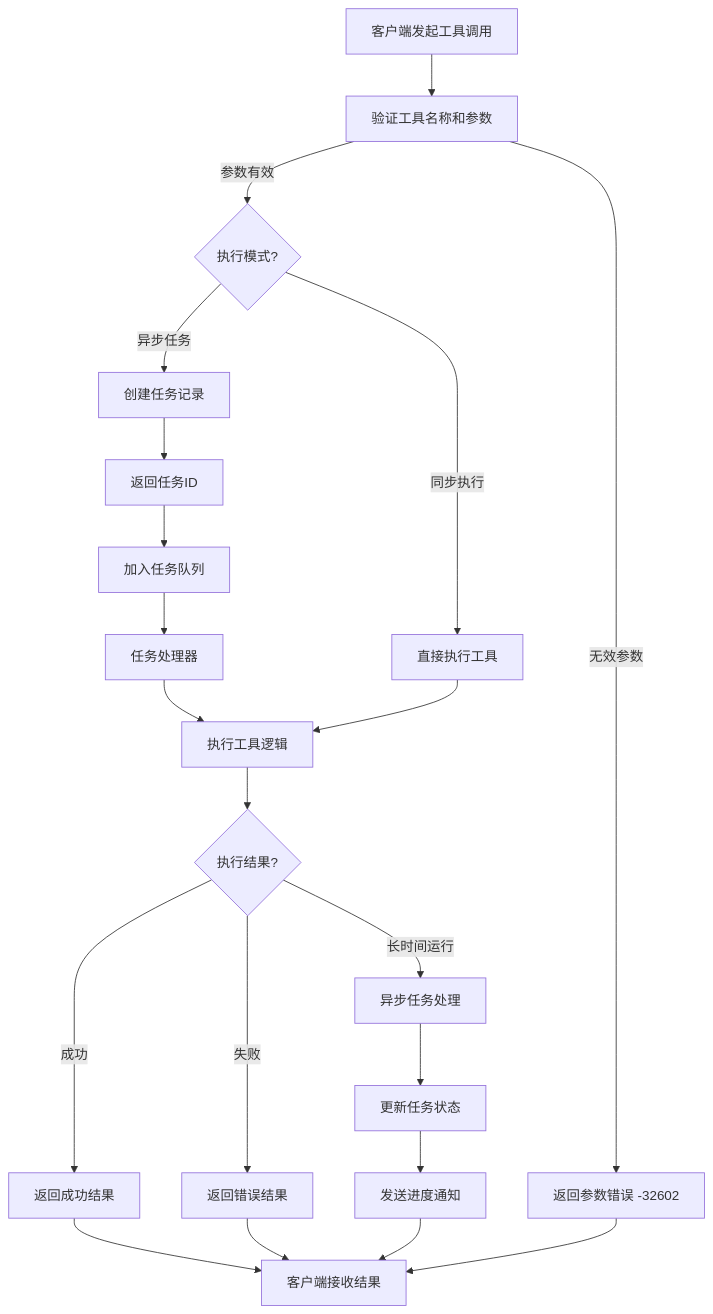
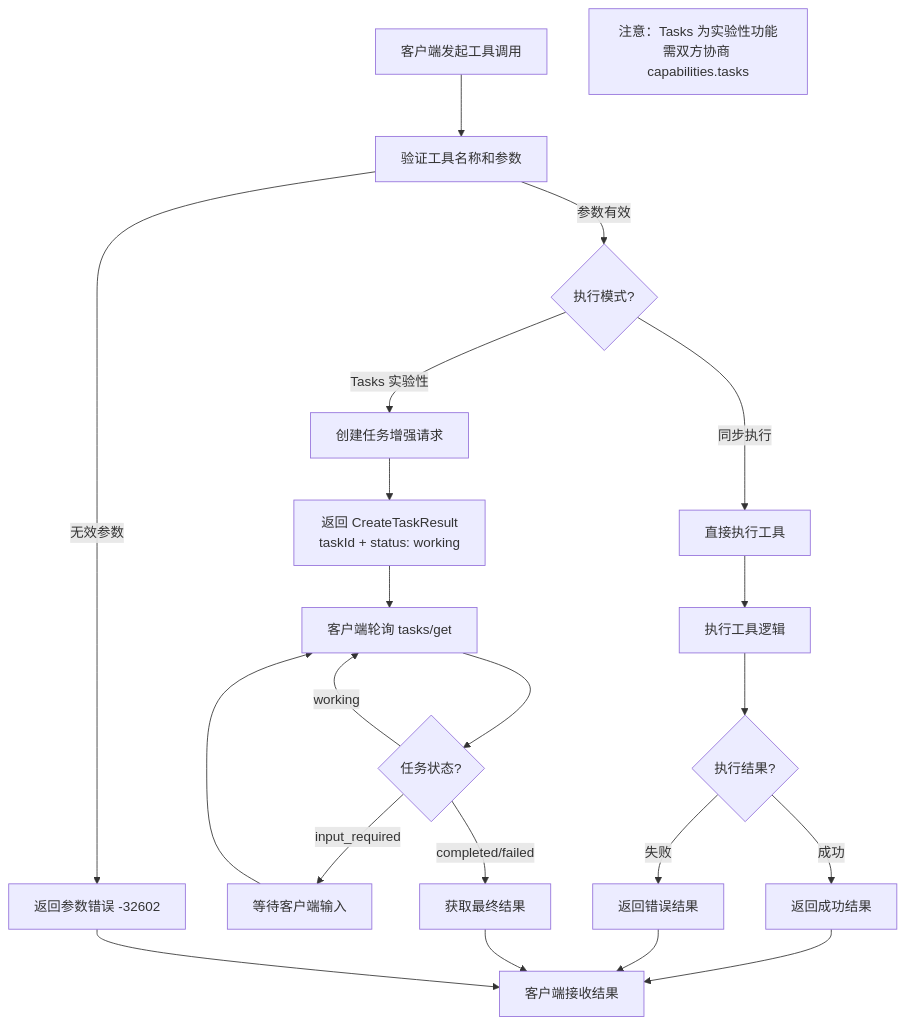
Before and after one commit to MiyakoMeow/neco: the second of 12 diagrams in progress/external-mcp-interaction-flows.md, drawn with Mermaid. The commit also changed other lines of this file and 7 other files, not shown here.

````diff
--- a/progress/external-mcp-interaction-flows.md
+++ b/progress/external-mcp-interaction-flows.md
@@ -52,31 +57,33 @@
 ```mermaid
 flowchart TD
     Start[客户端发起工具调用] --> Validate[验证工具名称和参数]
 
     Validate -->|无效参数| Error1[返回参数错误 -32602]
     Validate -->|参数有效| CheckMode{执行模式?}
 
     CheckMode -->|同步执行| DirectExec[直接执行工具]
-    CheckMode -->|异步任务| CreateTask[创建任务记录]
+    CheckMode -->|Tasks 实验性| CreateTask[创建任务增强请求]
 
-    CreateTask --> ReturnTaskId[返回任务ID]
-    ReturnTaskId --> Queue[加入任务队列]
+    CreateTask --> ReturnTaskResult[返回 CreateTaskResult<br/>taskId + status: working]
+    ReturnTaskResult --> Poll[客户端轮询 tasks/get]
 
-    Queue --> Process[任务处理器]
-    Process --> Execute[执行工具逻辑]
-    DirectExec --> Execute
+    Poll --> CheckStatus{任务状态?}
+    CheckStatus -->|working| Poll
+    CheckStatus -->|input_required| WaitForInput[等待客户端输入]
+    CheckStatus -->|completed/failed| GetResult[获取最终结果]
 
+    WaitForInput --> Poll
+
+    DirectExec --> Execute[执行工具逻辑]
     Execute --> CheckResult{执行结果?}
 
     CheckResult -->|成功| Success[返回成功结果]
     CheckResult -->|失败| Failure[返回错误结果]
-    CheckResult -->|长时间运行| LongRunning[异步任务处理]
-
-    LongRunning --> UpdateStatus[更新任务状态]
-    UpdateStatus --> NotifyProgress[发送进度通知]
 
     Success --> End[客户端接收结果]
     Failure --> End
-    NotifyProgress --> End
+    GetResult --> End
     Error1 --> End
+
+    note1[注意：Tasks 为实验性功能<br/>需双方协商 capabilities.tasks]
 ```
````
